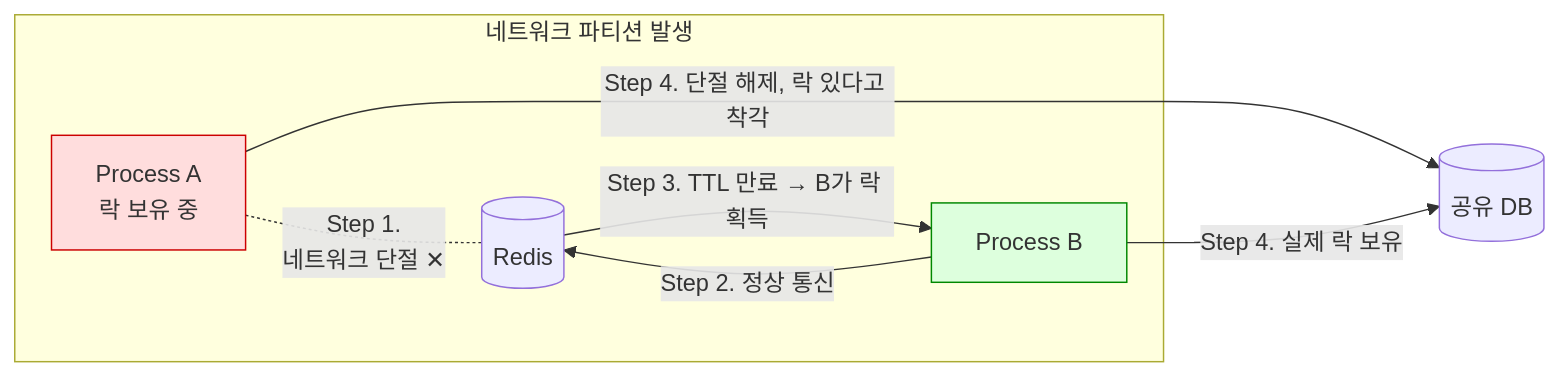
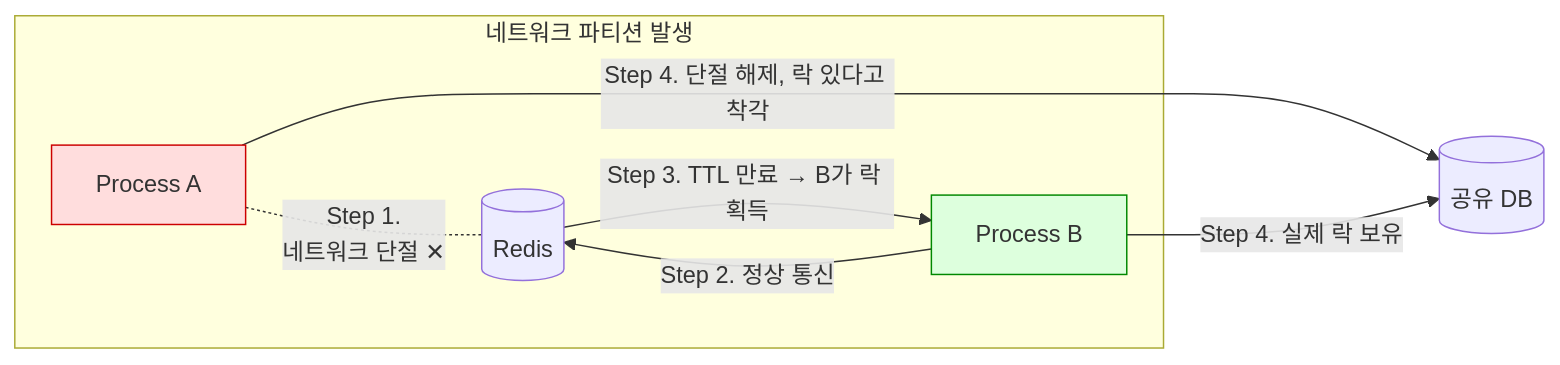
Before and after one commit to yjkim2015/yjkim2015.github.io: diagram 12 of 15 in _posts/redis/2026-05-01-redis-distributed-lock.md, drawn with Mermaid. The commit also changed 217 other files, not shown here.

First line of the commit message:
Mermaid 크기 수정: useMaxWidth:true + SVG max-width:100% + 라벨 축소

````diff
--- a/_posts/redis/2026-05-01-redis-distributed-lock.md
+++ b/_posts/redis/2026-05-01-redis-distributed-lock.md
@@ -710,12 +710,12 @@
 ```mermaid
 flowchart LR
     subgraph "네트워크 파티션 발생"
-        A[Process A\n락 보유 중] -. "Step 1.\n네트워크 단절 ✕" .- R[(Redis)]
+        A[Process A] -. "Step 1.\n네트워크 단절 ✕" .- R[(Redis)]
         B[Process B] -->|Step 2. 정상 통신| R
     end
     R -->|Step 3. TTL 만료 → B가 락 획득| B
     A -->|Step 4. 단절 해제, 락 있다고 착각| DB[(공유 DB)]
     B -->|Step 4. 실제 락 보유| DB
     style A fill:#fdd,stroke:#c00
     style B fill:#dfd,stroke:#080
 ```
````
